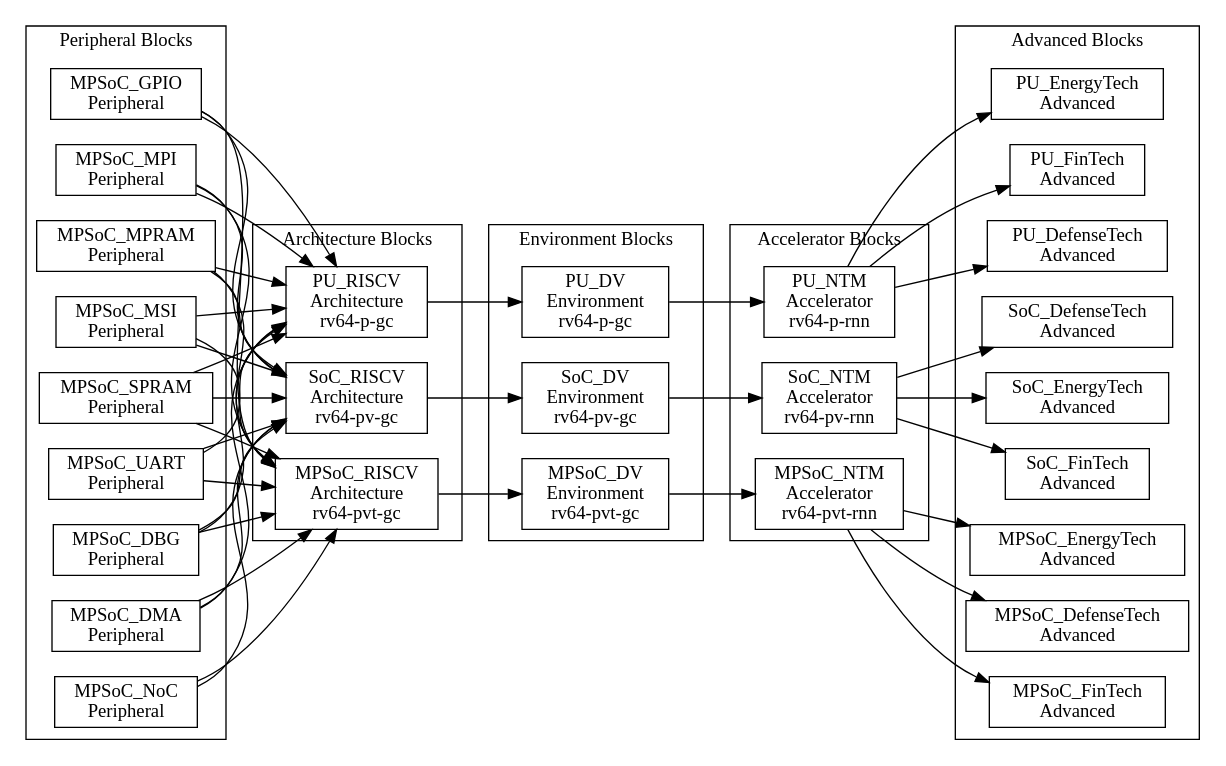
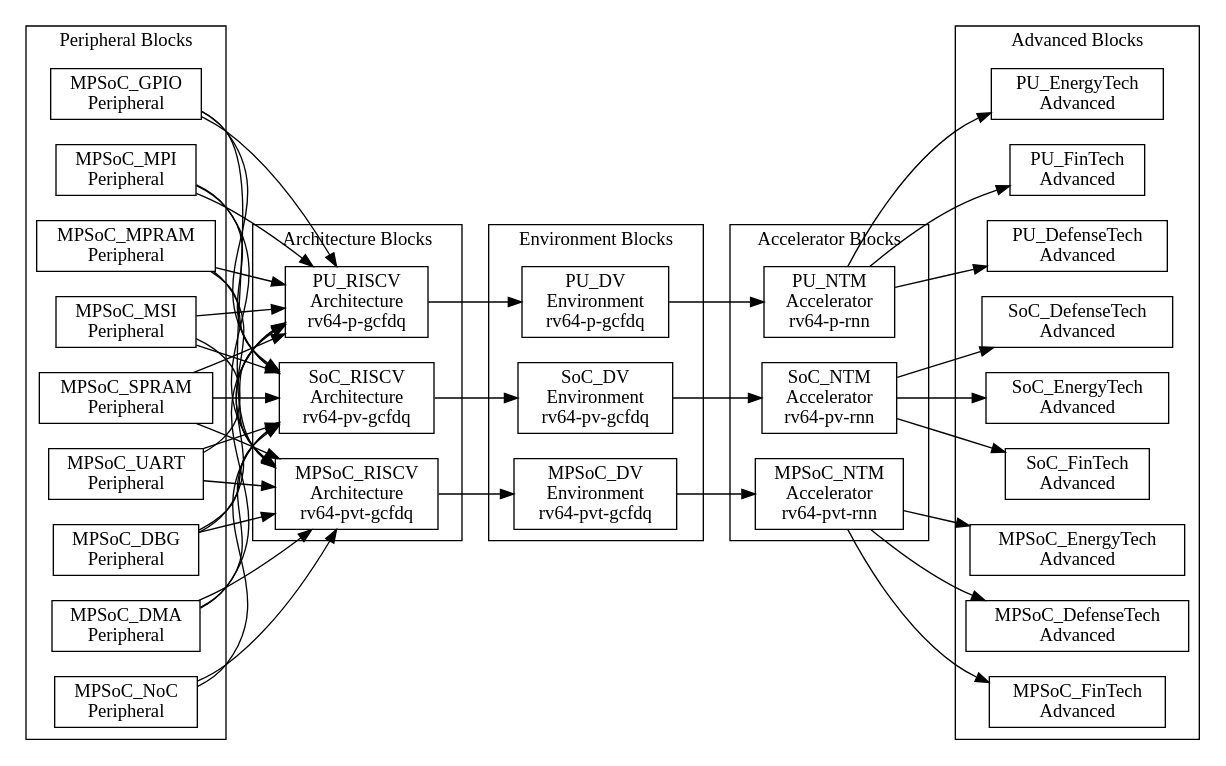
The diagram in doc/isa/riscv/assets/dependences-global.dot (PacoReinaCampo/MPSoC-NTM), drawn with Graphviz before and after one commit. The commit also changed 28 other files, not shown here.

```diff
--- a/doc/isa/riscv/assets/dependences-global.dot
+++ b/doc/isa/riscv/assets/dependences-global.dot
@@ -1,117 +1,117 @@
 digraph Project {
   // Introduction
   graph [rankdir = LR];
   node[shape=record];
 
   // Peripheral Blocks
   subgraph "cluster PeripheralBlocks" { label = "Peripheral Blocks";
     MPSoC_DBG[label="MPSoC_DBG\nPeripheral"];
     MPSoC_DMA[label="MPSoC_DMA\nPeripheral"];
     MPSoC_GPIO[label="MPSoC_GPIO\nPeripheral"];
     MPSoC_MPI[label="MPSoC_MPI\nPeripheral"];
     MPSoC_MPRAM[label="MPSoC_MPRAM\nPeripheral"];
     MPSoC_MSI[label="MPSoC_MSI\nPeripheral"];
     MPSoC_NoC[label="MPSoC_NoC\nPeripheral"];
     MPSoC_SPRAM[label="MPSoC_SPRAM\nPeripheral"];
     MPSoC_UART[label="MPSoC_UART\nPeripheral"];
   }
 
   // Architecture Blocks
   subgraph "cluster ArchitectureBlocks" { label = "Architecture Blocks";
-    MPSoC_RISCV[label="MPSoC_RISCV\nArchitecture\nrv64-pvt-gc"];
-    SoC_RISCV[label="SoC_RISCV\nArchitecture\nrv64-pv-gc"];
-    PU_RISCV[label="PU_RISCV\nArchitecture\nrv64-p-gc"];
+    MPSoC_RISCV[label="MPSoC_RISCV\nArchitecture\nrv64-pvt-gcfdq"];
+    SoC_RISCV[label="SoC_RISCV\nArchitecture\nrv64-pv-gcfdq"];
+    PU_RISCV[label="PU_RISCV\nArchitecture\nrv64-p-gcfdq"];
   }
 
   // Environment Blocks
   subgraph "cluster EnvironmentBlocks" { label = "Environment Blocks";
-    MPSoC_DV[label="MPSoC_DV\nEnvironment\nrv64-pvt-gc"];
-    SoC_DV[label="SoC_DV\nEnvironment\nrv64-pv-gc"];
-    PU_DV[label="PU_DV\nEnvironment\nrv64-p-gc"];
+    MPSoC_DV[label="MPSoC_DV\nEnvironment\nrv64-pvt-gcfdq"];
+    SoC_DV[label="SoC_DV\nEnvironment\nrv64-pv-gcfdq"];
+    PU_DV[label="PU_DV\nEnvironment\nrv64-p-gcfdq"];
   }
 
   // Accelerator Blocks
   subgraph "cluster AcceleratorBlocks" { label = "Accelerator Blocks";
     MPSoC_NTM[label="MPSoC_NTM\nAccelerator\nrv64-pvt-rnn"];
     SoC_NTM[label="SoC_NTM\nAccelerator\nrv64-pv-rnn"];
     PU_NTM[label="PU_NTM\nAccelerator\nrv64-p-rnn"];
   }
 
   // Advanced Blocks
   subgraph "cluster AdvancedBlocks" { label = "Advanced Blocks";
     MPSoC_EnergyTech[label="MPSoC_EnergyTech\nAdvanced"];
     SoC_EnergyTech[label="SoC_EnergyTech\nAdvanced"];
     PU_EnergyTech[label="PU_EnergyTech\nAdvanced"];
 
     MPSoC_FinTech[label="MPSoC_FinTech\nAdvanced"];
     SoC_FinTech[label="SoC_FinTech\nAdvanced"];
     PU_FinTech[label="PU_FinTech\nAdvanced"];
 
     MPSoC_DefenseTech[label="MPSoC_DefenseTech\nAdvanced"];
     SoC_DefenseTech[label="SoC_DefenseTech\nAdvanced"];
     PU_DefenseTech[label="PU_DefenseTech\nAdvanced"];
   }
 
   // Peripheral -> Architecture
   MPSoC_DBG -> MPSoC_RISCV;
   MPSoC_DMA -> MPSoC_RISCV;
   MPSoC_GPIO -> MPSoC_RISCV;
   MPSoC_MPI -> MPSoC_RISCV;
   MPSoC_MPRAM -> MPSoC_RISCV;
   MPSoC_MSI -> MPSoC_RISCV;
   MPSoC_NoC -> MPSoC_RISCV;
   MPSoC_SPRAM -> MPSoC_RISCV;
   MPSoC_UART -> MPSoC_RISCV;
 
   MPSoC_DBG -> SoC_RISCV;
   MPSoC_DMA -> SoC_RISCV;
   MPSoC_GPIO -> SoC_RISCV;
   MPSoC_MPI -> SoC_RISCV;
   MPSoC_MPRAM -> SoC_RISCV;
   MPSoC_MSI -> SoC_RISCV;
   MPSoC_NoC -> SoC_RISCV;
   MPSoC_SPRAM -> SoC_RISCV;
   MPSoC_UART -> SoC_RISCV;
 
   MPSoC_DBG -> PU_RISCV;
   MPSoC_DMA -> PU_RISCV;
   MPSoC_GPIO -> PU_RISCV;
   MPSoC_MPI -> PU_RISCV;
   MPSoC_MPRAM -> PU_RISCV;
   MPSoC_MSI -> PU_RISCV;
   MPSoC_SPRAM -> PU_RISCV;
   MPSoC_UART -> PU_RISCV;
 
   // Architecture -> Environment
   PU_RISCV -> PU_DV;
 
   SoC_RISCV -> SoC_DV;
 
   MPSoC_RISCV -> MPSoC_DV;
 
   // Environment -> Accelerator
   PU_DV -> PU_NTM;
 
   SoC_DV -> SoC_NTM;
 
   MPSoC_DV -> MPSoC_NTM;
 
   // Accelerator -> Advanced
   PU_NTM -> PU_EnergyTech;
 
   SoC_NTM -> SoC_EnergyTech;
 
   MPSoC_NTM -> MPSoC_EnergyTech;
 
   PU_NTM -> PU_FinTech;
 
   SoC_NTM -> SoC_FinTech;
 
   MPSoC_NTM -> MPSoC_FinTech;
 
   PU_NTM -> PU_DefenseTech;
 
   SoC_NTM -> SoC_DefenseTech;
 
   MPSoC_NTM -> MPSoC_DefenseTech;
 }
```
